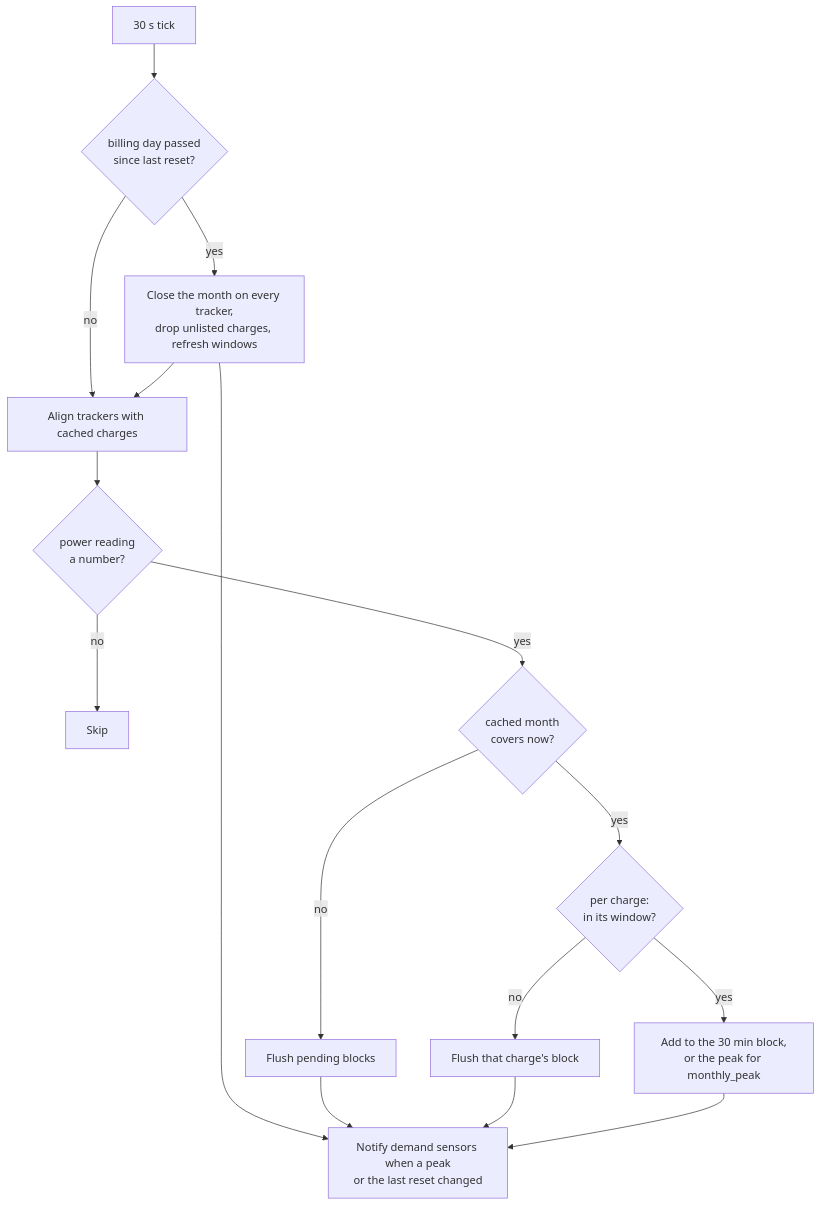
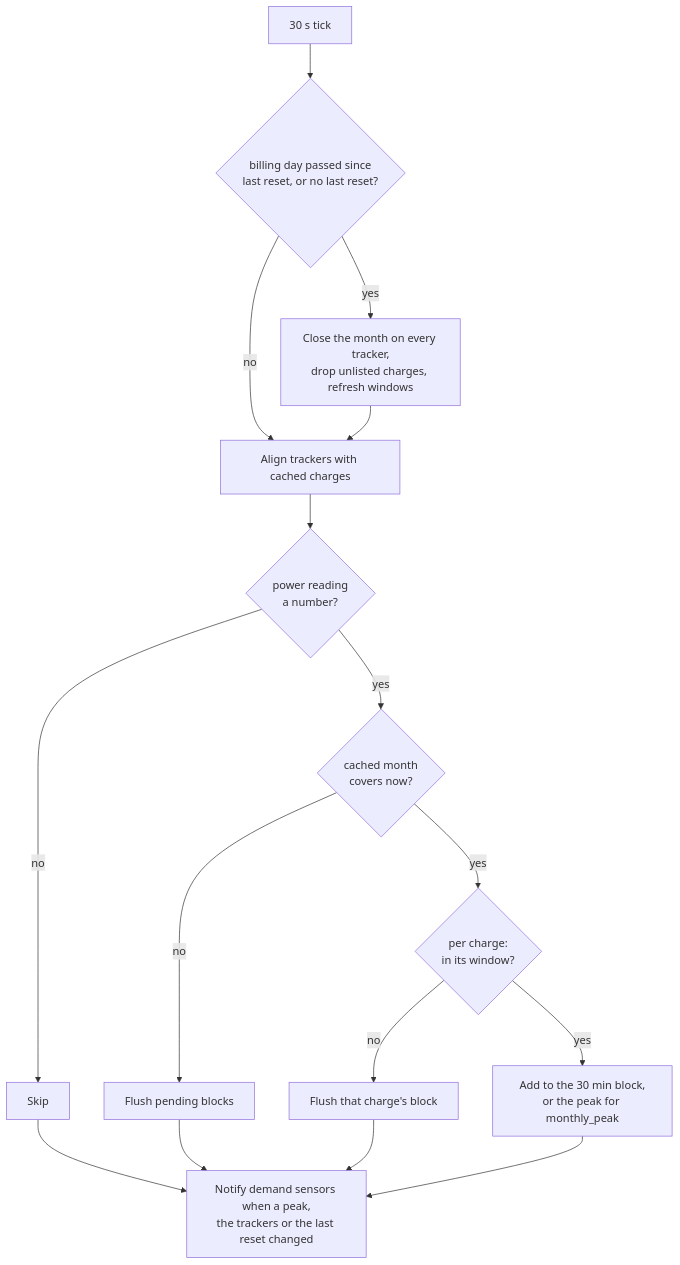
One commit to Open-Energy-Collective/ha-tariff-au changed the third of 4 diagrams in docs/design/oec_tariff_au/oec_tariff_au.md. Above: the diagram before and after it, drawn with Mermaid. The commit also changed other lines of this file, not shown here.

Commit message:
docs: design view draws the config flow and the shared backoff, and every notify path

````diff
--- a/docs/design/oec_tariff_au/oec_tariff_au.md
+++ b/docs/design/oec_tariff_au/oec_tariff_au.md
@@ -51,18 +55,18 @@
 ```mermaid
 flowchart TD
-  T["30 s tick"] --> R{"billing day passed<br/>since last reset?"}
+  T["30 s tick"] --> R{"billing day passed since<br/>last reset, or no last reset?"}
   R -->|yes| RS["Close the month on every tracker,<br/>drop unlisted charges, refresh windows"]
   R -->|no| SY
   RS --> SY["Align trackers with cached charges"]
   SY --> P{"power reading<br/>a number?"}
   P -->|no| E["Skip"]
   P -->|yes| C{"cached month<br/>covers now?"}
   C -->|no| F["Flush pending blocks"]
   C -->|yes| W{"per charge:<br/>in its window?"}
   W -->|no| FL["Flush that charge's block"]
   W -->|yes| B["Add to the 30 min block,<br/>or the peak for monthly_peak"]
-  RS --> N["Notify demand sensors when a peak<br/>or the last reset changed"]
+  E --> N["Notify demand sensors when a peak,<br/>the trackers or the last reset changed"]
   F --> N
   FL --> N
   B --> N
 ```
````
